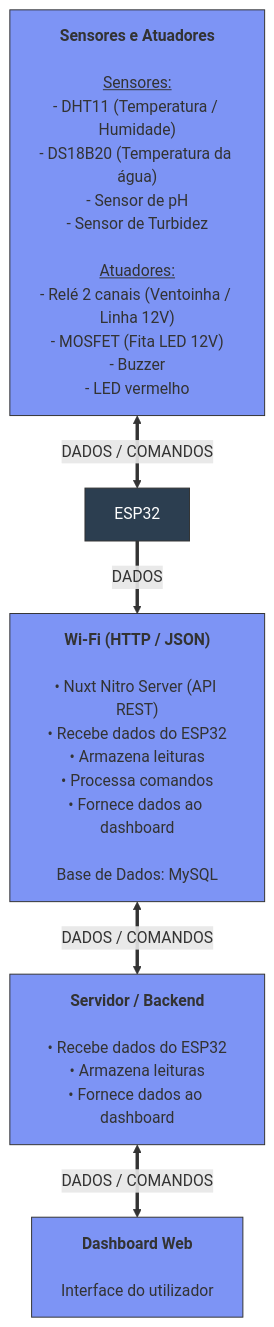
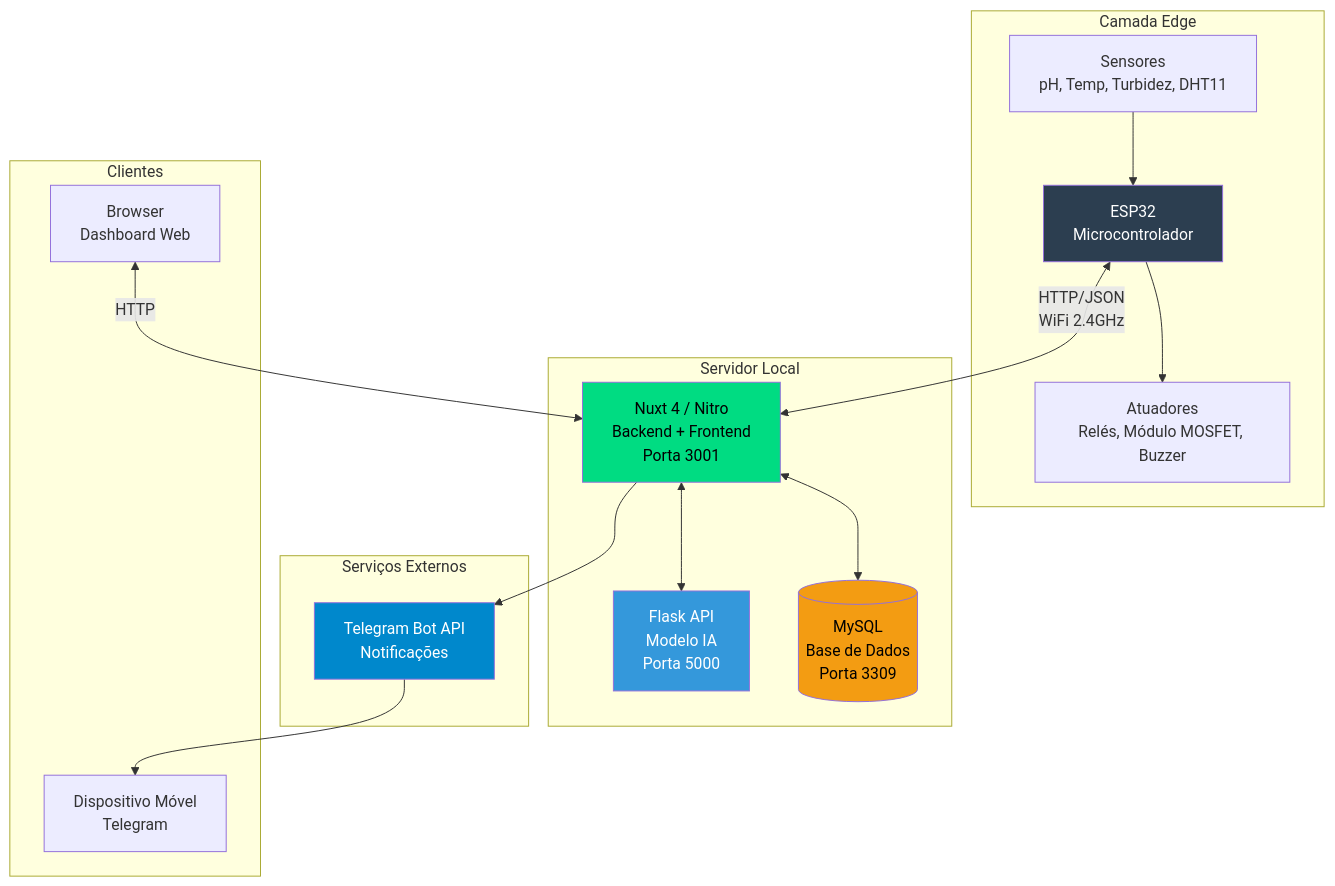
The first of 4 diagrams in Documentacao/3aEntrega/README.md (RuiOuteiro/AquaSense), drawn with Mermaid before and after one commit. The commit also changed other lines of this file, not shown here.

````diff
--- a/Documentacao/3aEntrega/README.md
+++ b/Documentacao/3aEntrega/README.md
@@ -77,26 +135,38 @@
 ```mermaid
-graph TD
-    %% Node Definitions
-    SA["<b>Sensores e Atuadores</b><br/><br/><u>Sensores:</u><br/>- DHT11 (Temperatura / Humidade)<br/>- DS18B20 (Temperatura da água)<br/>- Sensor de pH<br/>- Sensor de Turbidez<br/><br/><u>Atuadores:</u><br/>- Relé 2 canais (Ventoinha / Linha 12V)<br/>- MOSFET (Fita LED 12V)<br/>- Buzzer<br/>- LED vermelho"]
+graph TB
+    subgraph "Camada Edge"
+        ESP32[ESP32<br/>Microcontrolador]
+        SENS[Sensores<br/>pH, Temp, Turbidez, DHT11]
+        ACT[Atuadores<br/>Relés, Módulo MOSFET, Buzzer]
+    end
     
-    ESP32[ESP32]
+    subgraph "Servidor Local"
+        NUXT[Nuxt 4 / Nitro<br/>Backend + Frontend<br/>Porta 3001]
+        MYSQL[(MySQL<br/>Base de Dados<br/>Porta 3309)]
+        FLASK[Flask API<br/>Modelo IA<br/>Porta 5000]
+    end
     
-    WF["<b>Wi-Fi (HTTP / JSON)</b><br/><br/>• Nuxt Nitro Server (API REST)<br/>• Recebe dados do ESP32<br/>• Armazena leituras<br/>• Processa comandos<br/>• Fornece dados ao dashboard<br/><br/>Base de Dados: MySQL"]
+    subgraph "Serviços Externos"
+        TELEGRAM[Telegram Bot API<br/>Notificações]
+    end
     
-    SB["<b>Servidor / Backend</b><br/><br/>• Recebe dados do ESP32<br/>• Armazena leituras<br/>• Fornece dados ao dashboard"]
+    subgraph "Clientes"
+        BROWSER[Browser<br/>Dashboard Web]
+        MOBILE[Dispositivo Móvel<br/>Telegram]
+    end
     
-    DW["<b>Dashboard Web</b><br/><br/>Interface do utilizador"]
-
-    %% Connections with Arrows and Labels
-    SA <== "DADOS / COMANDOS" ==> ESP32
-    ESP32 ==>|DADOS| WF
-    WF <== "DADOS / COMANDOS" ==> SB
-    SB <== "DADOS / COMANDOS" ==> DW
-
-    %% Styling
-    style SA fill:#7d94f5,stroke:#333,stroke-width:1px
-    style ESP32 fill:#2c3e50,stroke:#333,stroke-width:1px,color:#fff
-    style WF fill:#7d94f5,stroke:#333,stroke-width:1px
-    style SB fill:#7d94f5,stroke:#333,stroke-width:1px
-    style DW fill:#7d94f5,stroke:#333,stroke-width:1px
+    SENS --> ESP32
+    ESP32 --> ACT
+    ESP32 <-->|HTTP/JSON<br/>WiFi 2.4GHz| NUXT
+    NUXT <--> MYSQL
+    NUXT <--> FLASK
+    NUXT --> TELEGRAM
+    BROWSER <-->|HTTP| NUXT
+    TELEGRAM --> MOBILE
+    
+    style ESP32 fill:#2c3e50,color:#fff
+    style NUXT fill:#00dc82,color:#000
+    style MYSQL fill:#f39c12,color:#000
+    style FLASK fill:#3498db,color:#fff
+    style TELEGRAM fill:#0088cc,color:#fff
 ```
````
